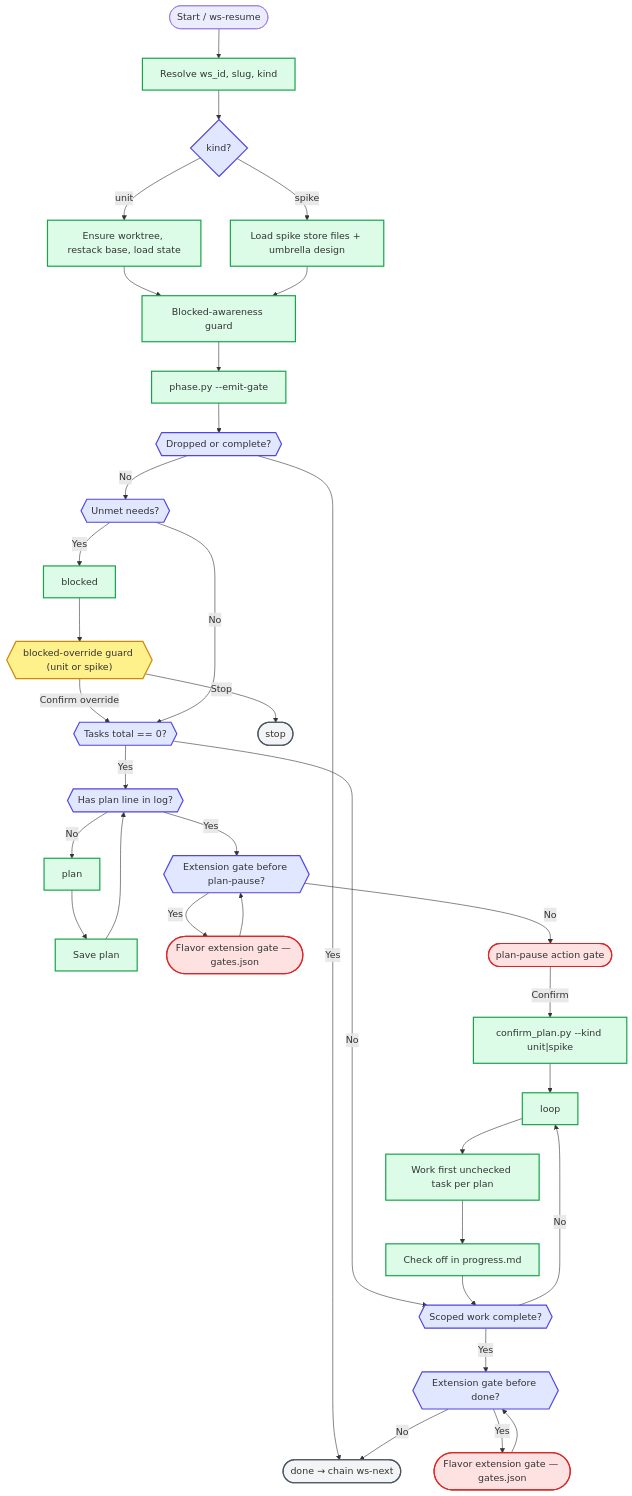
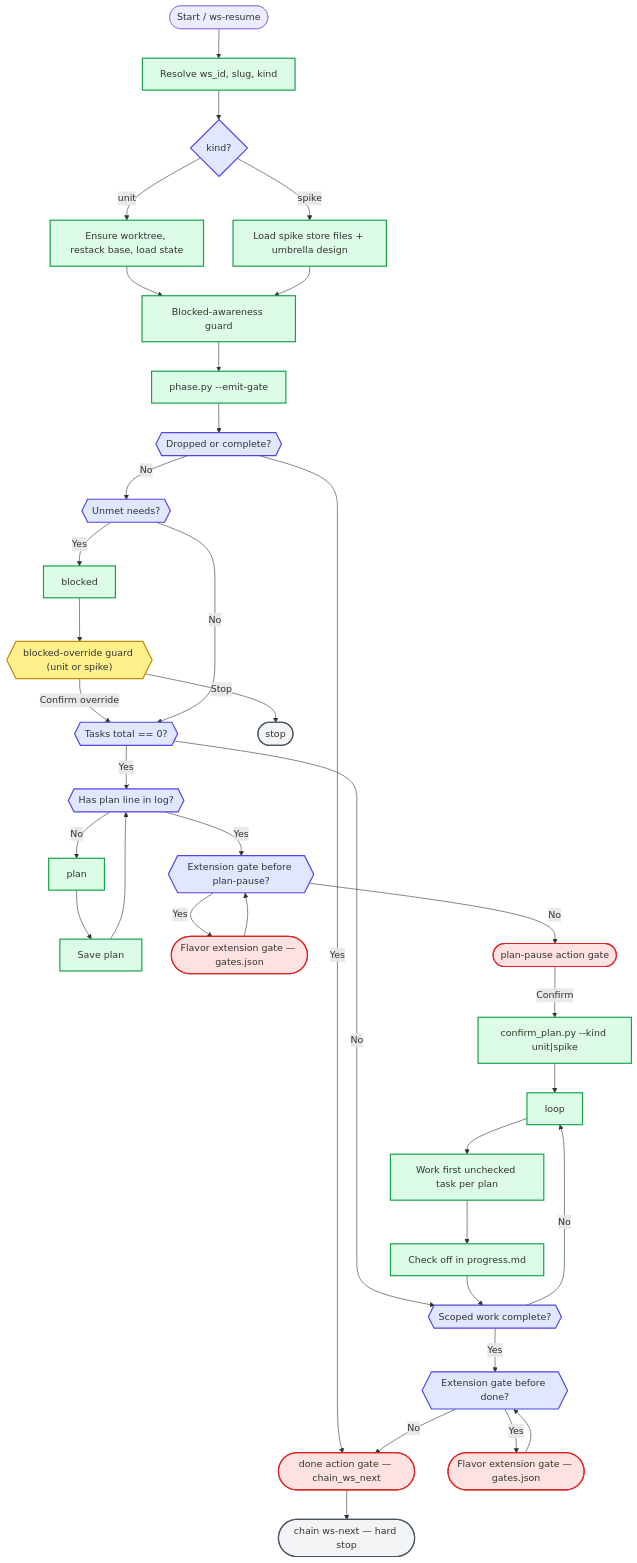
Before and after one commit to caioariede/claude-plugins: the diagram in plugins/workstreams/skills/ws/references/flows/diagrams/resume.mmd, drawn with Mermaid. The commit also changed 9 other files, not shown here.

Commit message:
feat(workstreams): add done gate with chain_ws_next (ws-resume 0.28.0)

```diff
--- a/plugins/workstreams/skills/ws/references/flows/diagrams/resume.mmd
+++ b/plugins/workstreams/skills/ws/references/flows/diagrams/resume.mmd
@@ -1,57 +1,58 @@
 flowchart TD
     %% ws-resume — unit and spike execution flow
 
     start([Start / ws-resume]) --> resolve[Resolve ws_id, slug, kind]
     resolve --> kind{kind?}
 
     kind -- unit --> unit_prep[Ensure worktree, restack base, load state]
     kind -- spike --> spike_prep[Load spike store files + umbrella design]
 
     unit_prep --> blocked_guard[Blocked-awareness guard]
     spike_prep --> blocked_guard
 
     blocked_guard --> phase_py[phase.py --emit-gate]
 
     phase_py --> check_terminal{{Dropped or complete?}}
-    check_terminal -- Yes --> ws_next([done → chain ws-next])
+    check_terminal -- Yes --> done_gate(["done action gate — chain_ws_next"])
     check_terminal -- No --> check_needs{{Unmet needs?}}
 
     check_needs -- Yes --> blocked[blocked]
     blocked --> guard_blocked{{"blocked-override guard (unit or spike)"}}
     guard_blocked -- Confirm override --> check_zero_tasks
     guard_blocked -- Stop --> stop_blocked([stop])
 
     check_needs -- No --> check_zero_tasks{{Tasks total == 0?}}
 
     check_zero_tasks -- Yes --> check_plan_line{{Has plan line in log?}}
     check_plan_line -- No --> plan[plan]
     plan --> plan_save[Save plan] --> check_plan_line
 
     check_plan_line -- Yes --> pre_plan_ext{{Extension gate before plan-pause?}}
     pre_plan_ext -- Yes --> pre_plan_gate(["Flavor extension gate — gates.json"])
     pre_plan_gate --> pre_plan_ext
     pre_plan_ext -- No --> plan_pause(["plan-pause action gate"])
     plan_pause -- Confirm --> confirm_plan["confirm_plan.py --kind unit|spike"]
     confirm_plan --> loop
 
     check_zero_tasks -- No --> check_scope{{Scoped work complete?}}
     check_scope -- No --> loop[loop]
     loop --> work[Work first unchecked task per plan]
     work --> check_off[Check off in progress.md] --> check_scope
     check_scope -- Yes --> post_loop_ext{{Extension gate before done?}}
     post_loop_ext -- Yes --> post_loop_gate(["Flavor extension gate — gates.json"])
     post_loop_gate --> post_loop_ext
-    post_loop_ext -- No --> ws_next
+    post_loop_ext -- No --> done_gate
+    done_gate --> ws_next([chain ws-next — hard stop])
 
     classDef picker fill:#fef3c7,stroke:#d97706,stroke-width:2px;
     classDef action_stop fill:#fee2e2,stroke:#dc2626,stroke-width:2px;
     classDef terminal fill:#f3f4f6,stroke:#4b5563,stroke-width:2px;
     classDef condition fill:#e0e7ff,stroke:#4f46e5,stroke-width:2px;
     classDef action fill:#dcfce7,stroke:#16a34a,stroke-width:2px;
     classDef guard fill:#fef08a,stroke:#ca8a04,stroke-width:2px;
 
-    class pre_plan_gate,post_loop_gate,plan_pause action_stop;
+    class pre_plan_gate,post_loop_gate,plan_pause,done_gate action_stop;
     class ws_next,stop_blocked terminal;
     class kind,check_terminal,check_needs,check_zero_tasks,check_plan_line,pre_plan_ext,check_scope,post_loop_ext condition;
     class resolve,unit_prep,spike_prep,blocked_guard,phase_py,plan,plan_save,confirm_plan,loop,work,check_off,blocked action;
     class guard_blocked guard;
```
